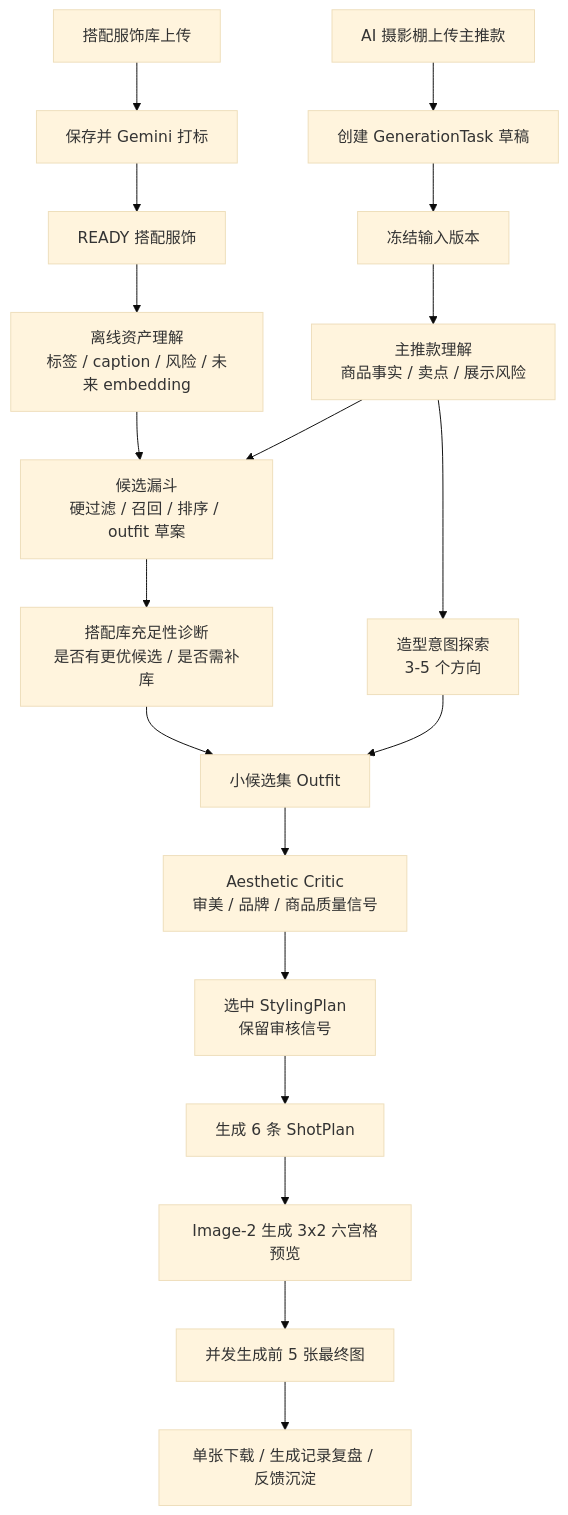
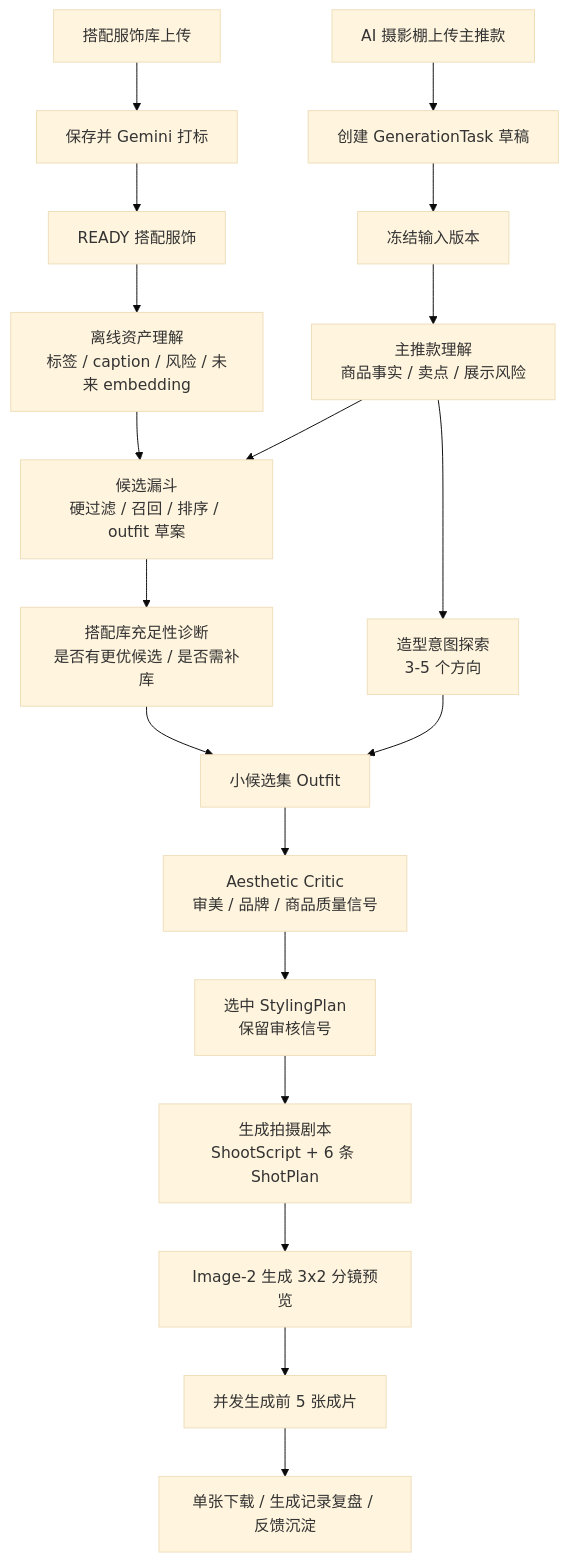
The diagram in design/01_generation_flow/generation_flow.md (happyvchen/ruyi-dream), drawn with Mermaid (base theme) before and after one commit. The commit also changed other lines of this file and 33 other files, not shown here.

Commit message:
Implement shoot script workflow

````diff
--- a/design/01_generation_flow/generation_flow.md
+++ b/design/01_generation_flow/generation_flow.md
@@ -7,21 +7,21 @@
 ```mermaid
 flowchart TD
   A["搭配服饰库上传"] --> B["保存并 Gemini 打标"]
   B --> C["READY 搭配服饰"]
   D["AI 摄影棚上传主推款"] --> E["创建 GenerationTask 草稿"]
   E --> F["冻结输入版本"]
   C --> Q["离线资产理解<br/>标签 / caption / 风险 / 未来 embedding"]
   F --> H["主推款理解<br/>商品事实 / 卖点 / 展示风险"]
   Q --> G["候选漏斗<br/>硬过滤 / 召回 / 排序 / outfit 草案"]
   H --> G
   H --> I["造型意图探索<br/>3-5 个方向"]
   G --> R["搭配库充足性诊断<br/>是否有更优候选 / 是否需补库"]
   R --> J["小候选集 Outfit"]
   I --> J
   J --> K["Aesthetic Critic<br/>审美 / 品牌 / 商品质量信号"]
   K --> L["选中 StylingPlan<br/>保留审核信号"]
-  L --> M["生成 6 条 ShotPlan"]
-  M --> N["Image-2 生成 3x2 六宫格预览"]
-  N --> O["并发生成前 5 张最终图"]
+  L --> M["生成拍摄剧本<br/>ShootScript + 6 条 ShotPlan"]
+  M --> N["Image-2 生成 3x2 分镜预览"]
+  N --> O["并发生成前 5 张成片"]
   O --> P["单张下载 / 生成记录复盘 / 反馈沉淀"]
 ```
````
